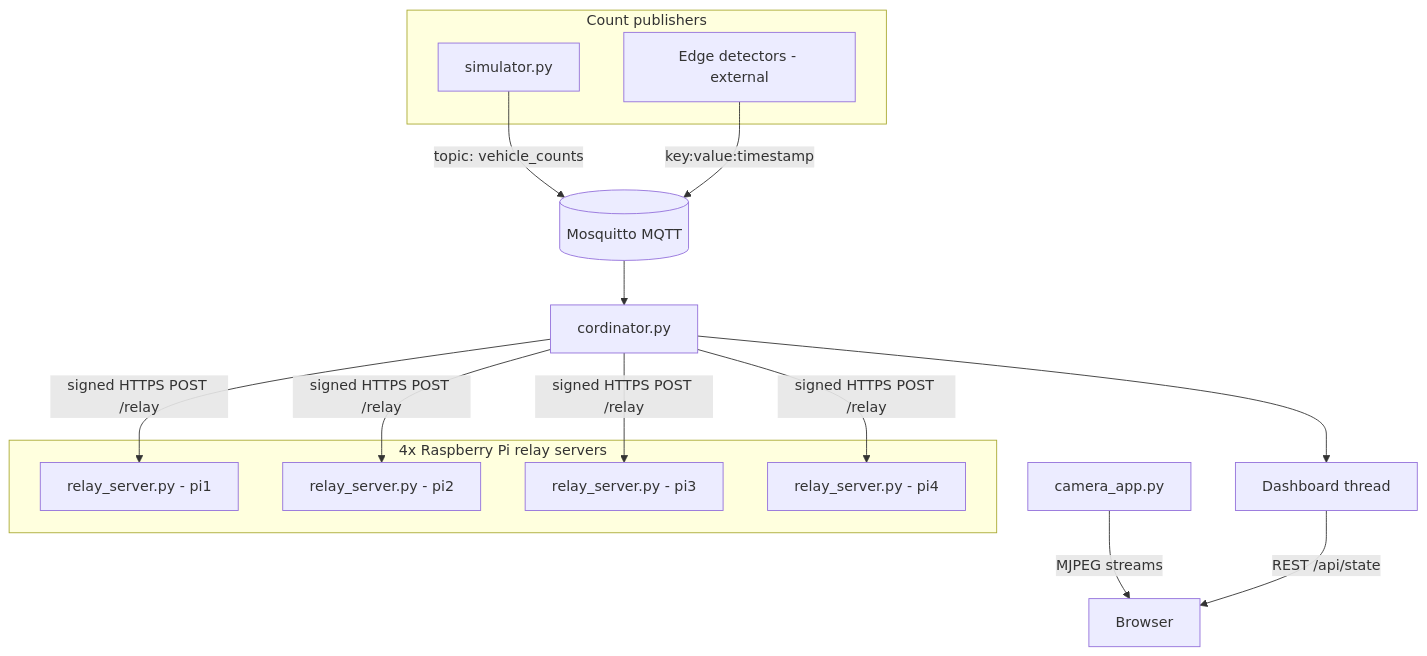
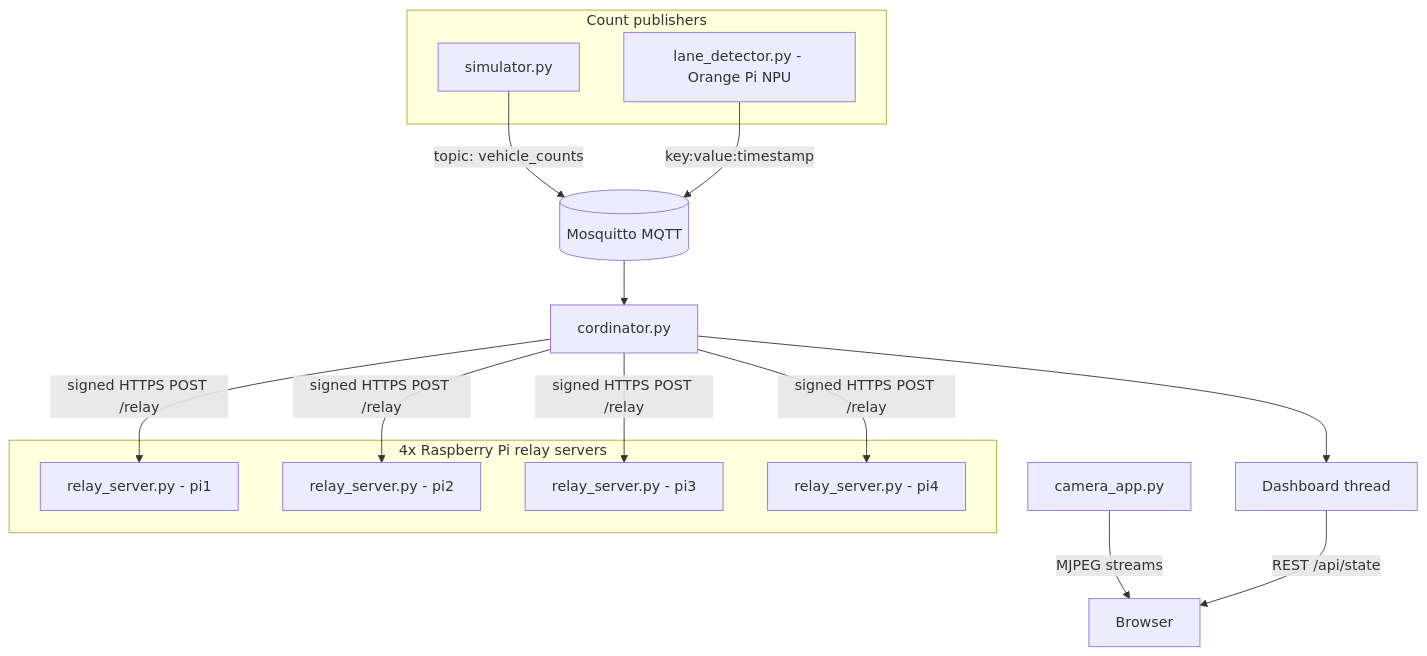
One commit to sergeantexploiter/traphy changed the diagram in ARCHITECTURE.md. Above: the diagram before and after it, drawn with Mermaid. The commit also changed other lines of this file and 4 other files, not shown here.

````diff
--- a/ARCHITECTURE.md
+++ b/ARCHITECTURE.md
@@ -40,30 +42,30 @@
 ```mermaid
 flowchart TB
     subgraph detectors [Count publishers]
         Sim[simulator.py]
-        Edge[Edge detectors - external]
+        Edge[lane_detector.py - Orange Pi NPU]
     end
 
     Broker[(Mosquitto MQTT)]
     Coord[cordinator.py]
     Dash[Dashboard thread]
     CamApp[camera_app.py]
 
     subgraph pis [4x Raspberry Pi relay servers]
         Pi1[relay_server.py - pi1]
         Pi2[relay_server.py - pi2]
         Pi3[relay_server.py - pi3]
         Pi4[relay_server.py - pi4]
     end
 
     Sim -->|topic: vehicle_counts| Broker
     Edge -->|key:value:timestamp| Broker
     Broker --> Coord
     Coord -->|signed HTTPS POST /relay| Pi1
     Coord -->|signed HTTPS POST /relay| Pi2
     Coord -->|signed HTTPS POST /relay| Pi3
     Coord -->|signed HTTPS POST /relay| Pi4
     Coord --> Dash
     CamApp -->|MJPEG streams| Browser
     Dash -->|REST /api/state| Browser
 ```
````
